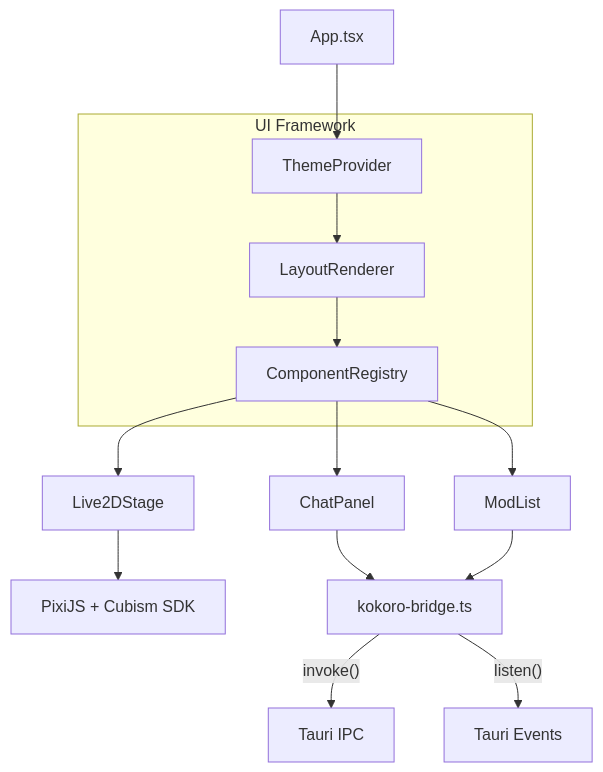
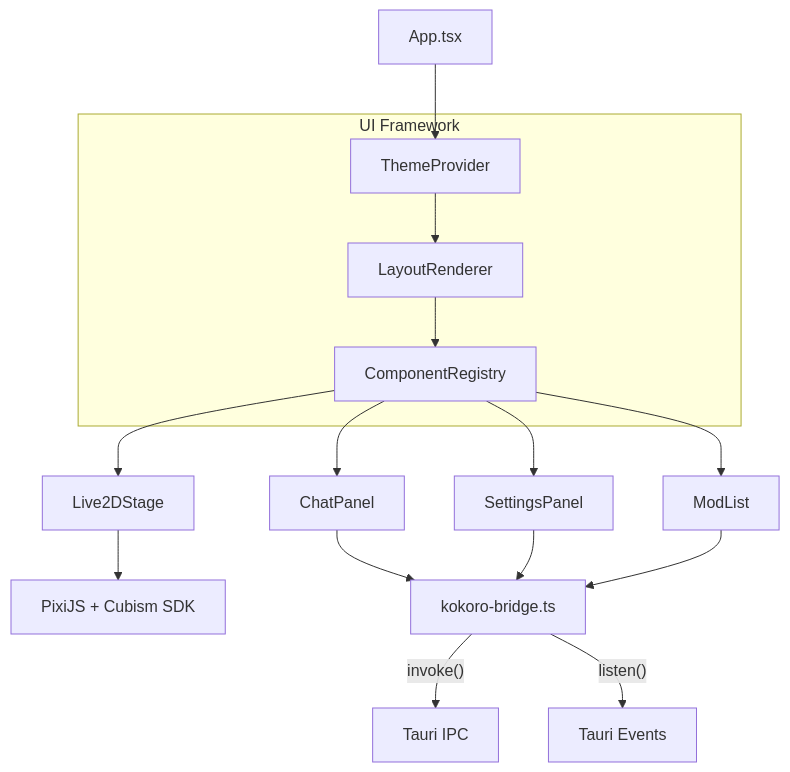
The first of 4 diagrams in docs/architecture.md (chyinan/Kokoro-Engine), drawn with Mermaid before and after one commit. The commit also changed other lines of this file, not shown here.

First line of the commit message:
docs: update architecture.md to v2.0 with current project structure

````diff
--- a/docs/architecture.md
+++ b/docs/architecture.md
@@ -109,22 +293,24 @@
 ```mermaid
 graph TD
     App["App.tsx"] --> TP["ThemeProvider"]
     TP --> LR["LayoutRenderer"]
     LR --> CR["ComponentRegistry"]
     CR --> L2D["Live2DStage"]
     CR --> CP["ChatPanel"]
+    CR --> SP["SettingsPanel"]
     CR --> ML["ModList"]
 
     L2D --> Pixi["PixiJS + Cubism SDK"]
     CP --> Bridge["kokoro-bridge.ts"]
+    SP --> Bridge
     ML --> Bridge
 
     Bridge -->|"invoke()"| Tauri["Tauri IPC"]
     Bridge -->|"listen()"| Events["Tauri Events"]
 
     subgraph "UI Framework"
         LR
         CR
         TP
     end
 ```
````
